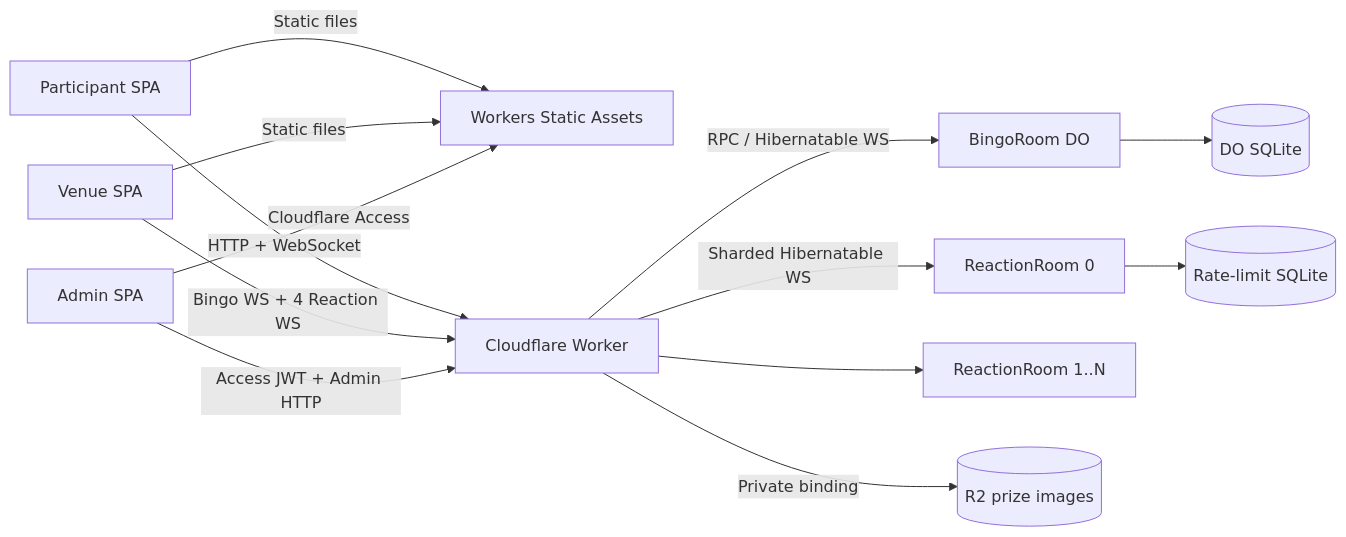
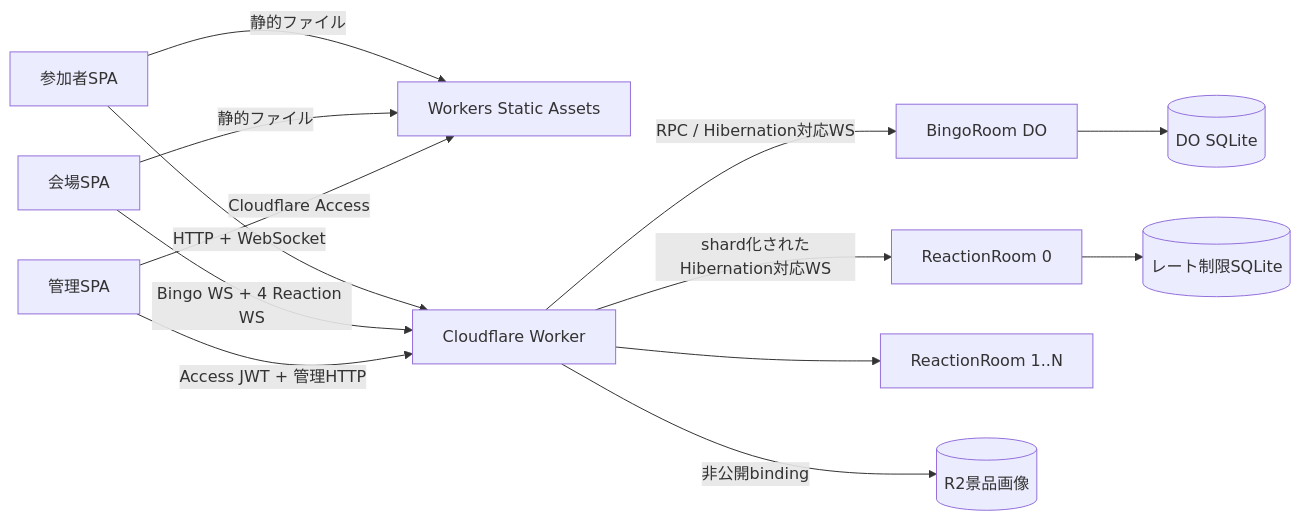
Before and after one commit to NUTFes/nutfes-Bingo: the diagram in docs/architecture.md, drawn with Mermaid. The commit also changed other lines of this file and 8 other files, not shown here.

````diff
--- a/docs/architecture.md
+++ b/docs/architecture.md
@@ -12,15 +12,15 @@
 ```mermaid
 flowchart LR
-  U[Participant SPA] -->|Static files| A[Workers Static Assets]
-  S[Venue SPA] -->|Static files| A
-  M[Admin SPA] -->|Cloudflare Access| A
+  U[参加者SPA] -->|静的ファイル| A[Workers Static Assets]
+  S[会場SPA] -->|静的ファイル| A
+  M[管理SPA] -->|Cloudflare Access| A
   U -->|HTTP + WebSocket| W[Cloudflare Worker]
   S -->|Bingo WS + 4 Reaction WS| W
-  M -->|Access JWT + Admin HTTP| W
-  W -->|RPC / Hibernatable WS| B[BingoRoom DO]
-  W -->|Sharded Hibernatable WS| R0[ReactionRoom 0]
+  M -->|Access JWT + 管理HTTP| W
+  W -->|RPC / Hibernation対応WS| B[BingoRoom DO]
+  W -->|shard化されたHibernation対応WS| R0[ReactionRoom 0]
   W --> R1[ReactionRoom 1..N]
-  W -->|Private binding| R2[(R2 prize images)]
+  W -->|非公開binding| R2[(R2景品画像)]
   B --> SQL[(DO SQLite)]
-  R0 --> RS[(Rate-limit SQLite)]
+  R0 --> RS[(レート制限SQLite)]
 ```
````
